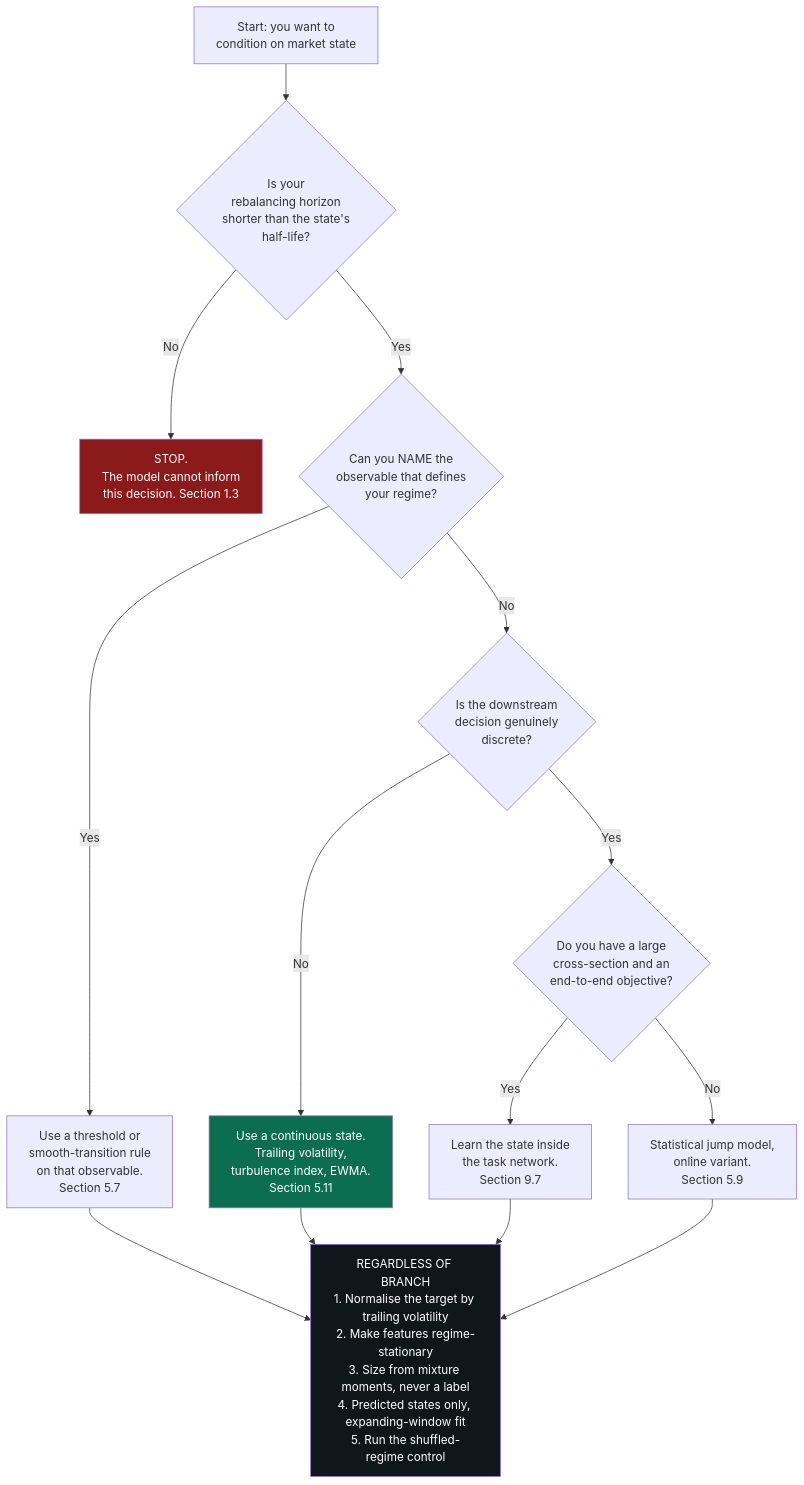
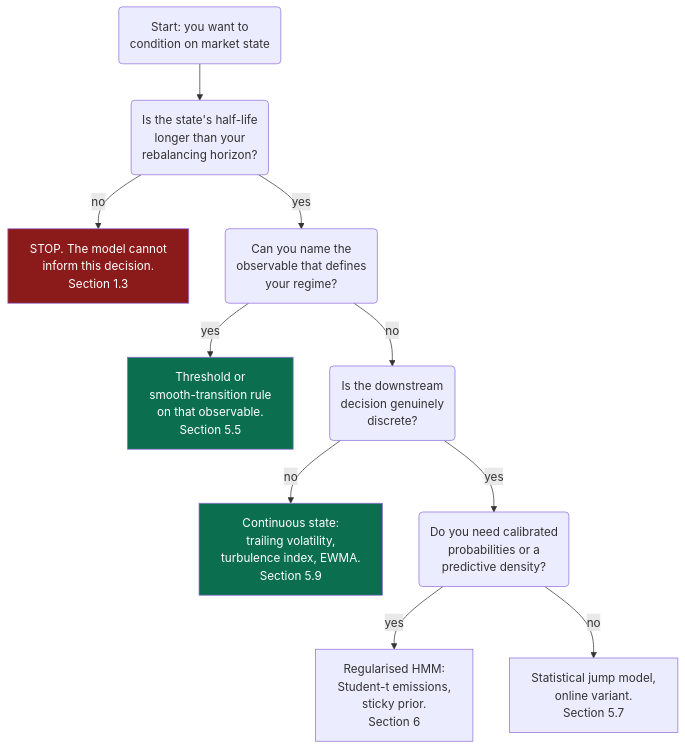
Before and after one commit to rmahfoud/quant-research: the fifth of 5 diagrams in market_regimes.md, drawn with Mermaid. The commit also changed other lines of this file and 37 other files, not shown here.

````diff
--- a/market_regimes.md
+++ b/market_regimes.md
@@ -3816,20 +4895,15 @@
 ```mermaid
-flowchart TD
-    Q0["Start: you want to<br/>condition on market state"] --> Q1{"Is your<br/>rebalancing horizon<br/>shorter than the state's<br/>half-life?"}
-    Q1 -->|No| STOP["STOP.<br/>The model cannot inform<br/>this decision. Section 1.3"]
-    Q1 -->|Yes| Q2{"Can you NAME the<br/>observable that defines<br/>your regime?"}
-    Q2 -->|Yes| T1["Use a threshold or<br/>smooth-transition rule<br/>on that observable.<br/>Section 5.7"]
-    Q2 -->|No| Q3{"Is the downstream<br/>decision genuinely<br/>discrete?"}
-    Q3 -->|No| T2["Use a continuous state.<br/>Trailing volatility,<br/>turbulence index, EWMA.<br/>Section 5.11"]
-    Q3 -->|Yes| Q4{"Do you have a large<br/>cross-section and an<br/>end-to-end objective?"}
-    Q4 -->|Yes| T3["Learn the state inside<br/>the task network.<br/>Section 9.7"]
-    Q4 -->|No| T4["Statistical jump model,<br/>online variant.<br/>Section 5.9"]
-    T1 --> ALL
-    T2 --> ALL
-    T3 --> ALL
-    T4 --> ALL
-    ALL["REGARDLESS OF BRANCH<br/>1. Normalise the target by trailing volatility<br/>2. Make features regime-stationary<br/>3. Size from mixture moments, never a label<br/>4. Predicted states only, expanding-window fit<br/>5. Run the shuffled-regime control"]
+flowchart TB
+    Q0("Start: you want to<br/>condition on market state") --> Q1("Is the state's half-life<br/>longer than your<br/>rebalancing horizon?")
+    Q1 -->|no| STOP["STOP. The model cannot<br/>inform this decision.<br/>Section 1.3"]
+    Q1 -->|yes| Q2("Can you name the<br/>observable that defines<br/>your regime?")
+    Q2 -->|yes| T1["Threshold or<br/>smooth-transition rule<br/>on that observable.<br/>Section 5.5"]
+    Q2 -->|no| Q3("Is the downstream<br/>decision genuinely<br/>discrete?")
+    Q3 -->|no| T2["Continuous state:<br/>trailing volatility,<br/>turbulence index, EWMA.<br/>Section 5.9"]
+    Q3 -->|yes| Q4("Do you need calibrated<br/>probabilities or a<br/>predictive density?")
+    Q4 -->|yes| T3["Regularised HMM:<br/>Student-t emissions,<br/>sticky prior.<br/>Section 6"]
+    Q4 -->|no| T4["Statistical jump model,<br/>online variant.<br/>Section 5.7"]
     style STOP fill:#8b1a1a,color:#fff
+    style T1 fill:#0b6e4f,color:#fff
     style T2 fill:#0b6e4f,color:#fff
-    style ALL fill:#10171b,color:#fff
 ```
````
